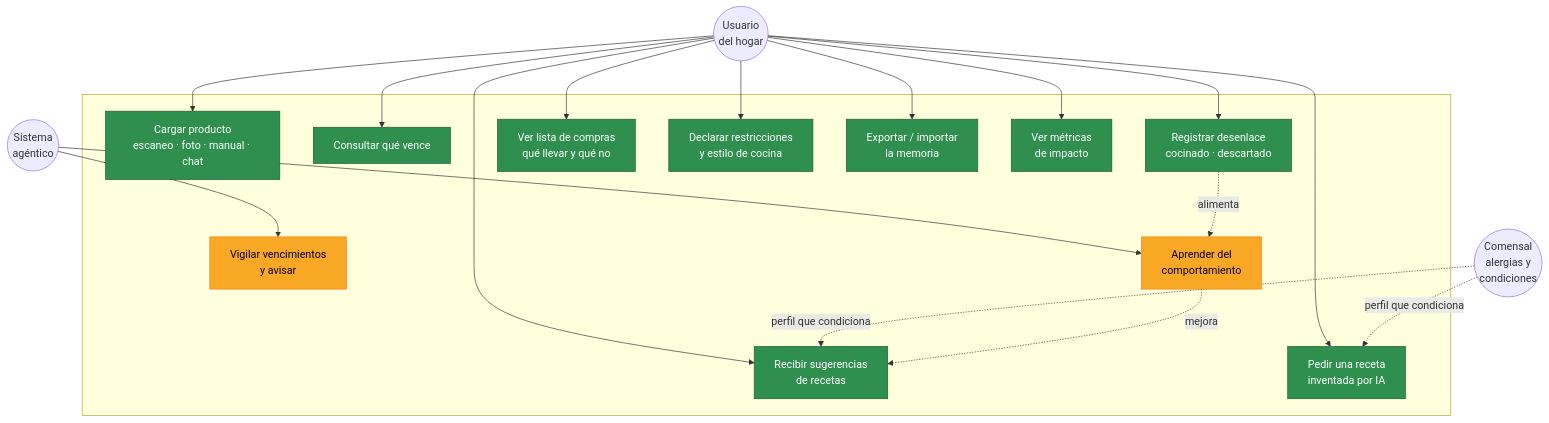
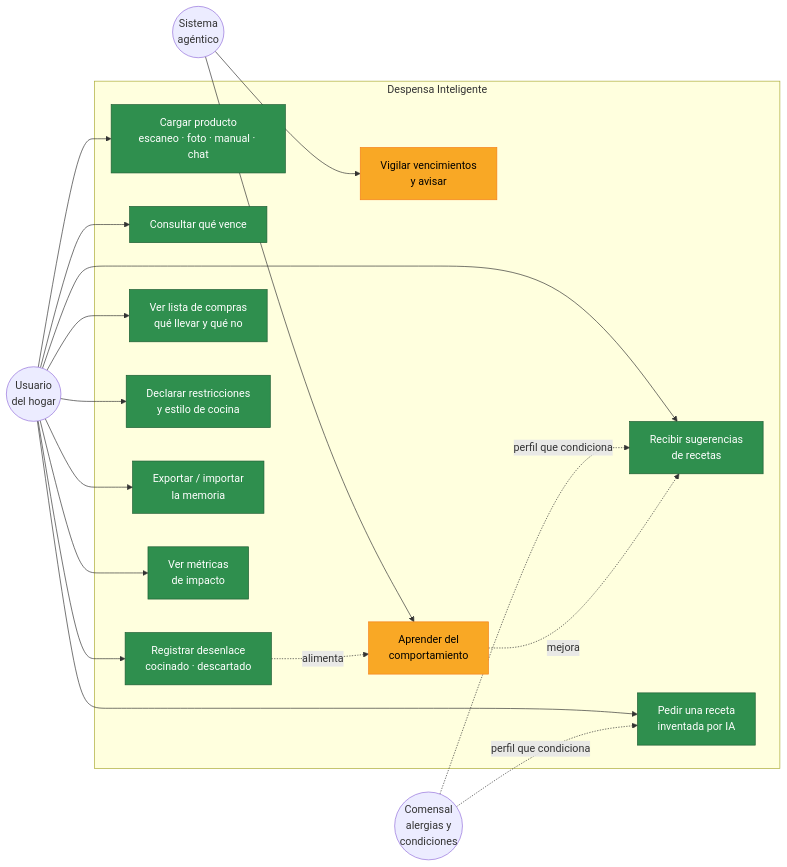
One commit to pablomonsalvo76/despensa-inteligente changed the fourth of 5 diagrams in docs/DIAGRAMAS.md. Above: the diagram before and after it, drawn with Mermaid. The commit also changed other lines of this file, not shown here.

Commit message:
Diagramas: aplanar arquitectura y casos de uso para que rendericen legibles

````diff
--- a/docs/DIAGRAMAS.md
+++ b/docs/DIAGRAMAS.md
@@ -241,41 +224,41 @@
 ```mermaid
-flowchart TB
+flowchart LR
     U(("Usuario<br/>del hogar"))
     C(("Comensal<br/>alergias y<br/>condiciones"))
     S(("Sistema<br/>agéntico"))
 
-    subgraph APP[" "]
+    subgraph APP["Despensa Inteligente"]
         UC1["Cargar producto<br/>escaneo · foto · manual · chat"]
         UC2["Consultar qué vence"]
         UC3["Recibir sugerencias<br/>de recetas"]
         UC4["Pedir una receta<br/>inventada por IA"]
         UC5["Registrar desenlace<br/>cocinado · descartado"]
         UC6["Ver lista de compras<br/>qué llevar y qué no"]
         UC7["Declarar restricciones<br/>y estilo de cocina"]
         UC8["Exportar / importar<br/>la memoria"]
         UC9["Ver métricas<br/>de impacto"]
         UC10["Vigilar vencimientos<br/>y avisar"]
         UC11["Aprender del<br/>comportamiento"]
     end
 
     U --> UC1
     U --> UC2
     U --> UC3
     U --> UC4
     U --> UC5
     U --> UC6
     U --> UC7
     U --> UC8
     U --> UC9
     C -.perfil que condiciona.-> UC3
     C -.perfil que condiciona.-> UC4
     S --> UC10
     S --> UC11
     UC5 -.alimenta.-> UC11
     UC11 -.mejora.-> UC3
 
     classDef uc fill:#2f8f4e,stroke:#1c5c32,color:#fff
     classDef sys fill:#f9a825,stroke:#f57f17,color:#000
     class UC1,UC2,UC3,UC4,UC5,UC6,UC7,UC8,UC9 uc
     class UC10,UC11 sys
 ```
````
